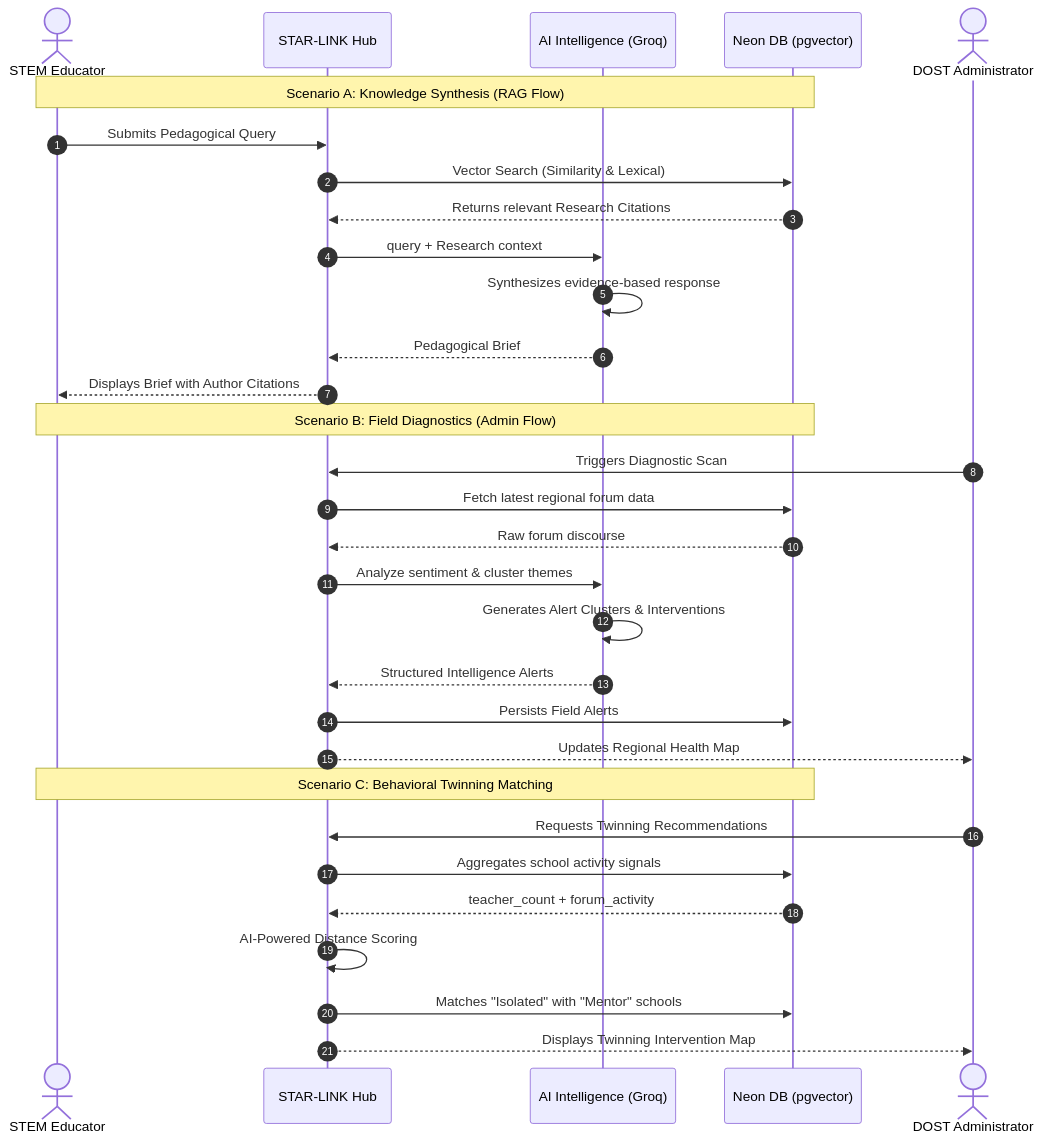
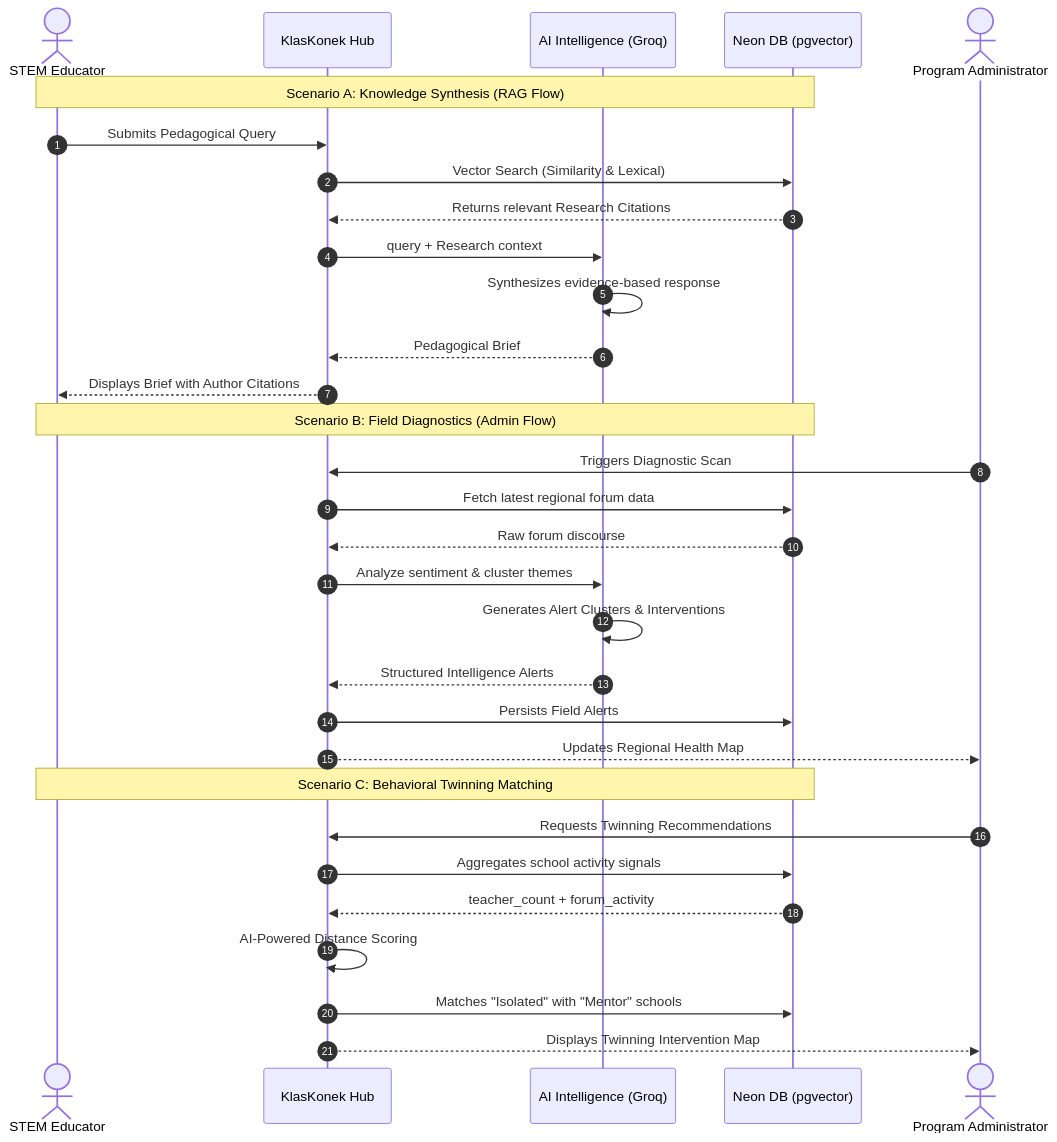
Before and after one commit to Deadbush225/KlasKonek: the diagram in README.md, drawn with Mermaid. The commit also changed other lines of this file and 117 other files, not shown here.

````diff
--- a/README.md
+++ b/README.md
@@ -280,36 +280,36 @@
 ```mermaid
 sequenceDiagram
     autonumber
     actor Educator as STEM Educator
-    participant Platform as STAR-LINK Hub
+    participant Platform as KlasKonek Hub
     participant AI as AI Intelligence (Groq)
     participant DB as Neon DB (pgvector)
 
     Note over Educator, DB: Scenario A: Knowledge Synthesis (RAG Flow)
     Educator->>Platform: Submits Pedagogical Query
     Platform->>DB: Vector Search (Similarity & Lexical)
     DB-->>Platform: Returns relevant Research Citations
     Platform->>AI: query + Research context
     AI->>AI: Synthesizes evidence-based response
     AI-->>Platform: Pedagogical Brief
     Platform-->>Educator: Displays Brief with Author Citations
 
     Note over Educator, DB: Scenario B: Field Diagnostics (Admin Flow)
-    actor Admin as DOST Administrator
+    actor Admin as Program Administrator
     Admin->>Platform: Triggers Diagnostic Scan
     Platform->>DB: Fetch latest regional forum data
     DB-->>Platform: Raw forum discourse
     Platform->>AI: Analyze sentiment & cluster themes
     AI->>AI: Generates Alert Clusters & Interventions
     AI-->>Platform: Structured Intelligence Alerts
     Platform->>DB: Persists Field Alerts
     Platform-->>Admin: Updates Regional Health Map
 
     Note over Educator, DB: Scenario C: Behavioral Twinning Matching
     Admin->>Platform: Requests Twinning Recommendations
     Platform->>DB: Aggregates school activity signals
     DB-->>Platform: teacher_count + forum_activity
     Platform->>Platform: AI-Powered Distance Scoring
     Platform->>DB: Matches "Isolated" with "Mentor" schools
     Platform-->>Admin: Displays Twinning Intervention Map
 ```
````
